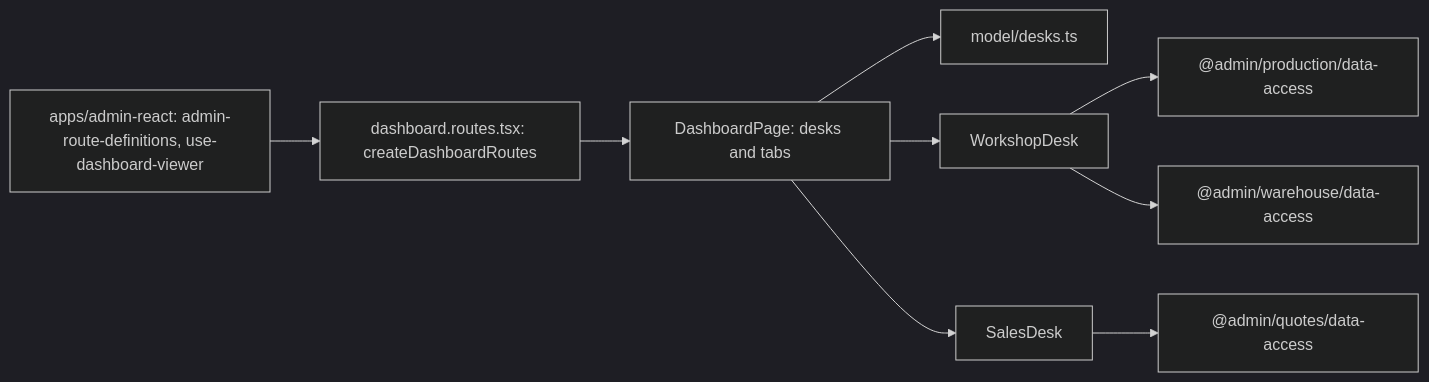
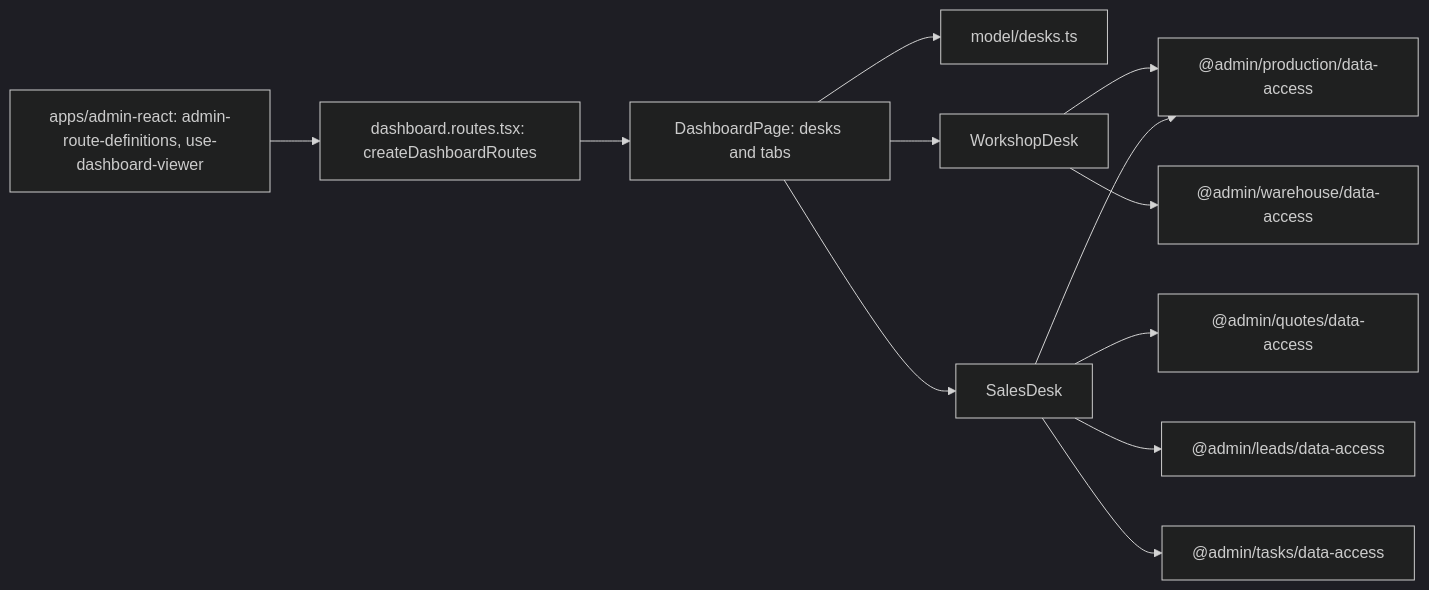
The diagram in docs/features/admin/dashboard.md (Weretik/brevi-web), drawn with Mermaid (dark theme) before and after one commit. The commit also changed other lines of this file and 20 other files, not shown here.

````diff
--- a/docs/features/admin/dashboard.md
+++ b/docs/features/admin/dashboard.md
@@ -12,11 +12,14 @@
 ```mermaid
 flowchart LR
   Router["apps/admin-react: admin-route-definitions, use-dashboard-viewer"] --> Routes["dashboard.routes.tsx: createDashboardRoutes"]
   Routes --> Page["DashboardPage: desks and tabs"]
   Page --> Desks["model/desks.ts"]
   Page --> Workshop["WorkshopDesk"]
   Page --> Sales["SalesDesk"]
   Workshop --> Production["@admin/production/data-access"]
   Workshop --> Warehouse["@admin/warehouse/data-access"]
   Sales --> Quotes["@admin/quotes/data-access"]
+  Sales --> Leads["@admin/leads/data-access"]
+  Sales --> Tasks["@admin/tasks/data-access"]
+  Sales --> Production
 ```
````
